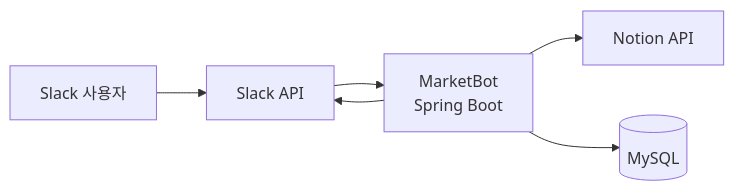
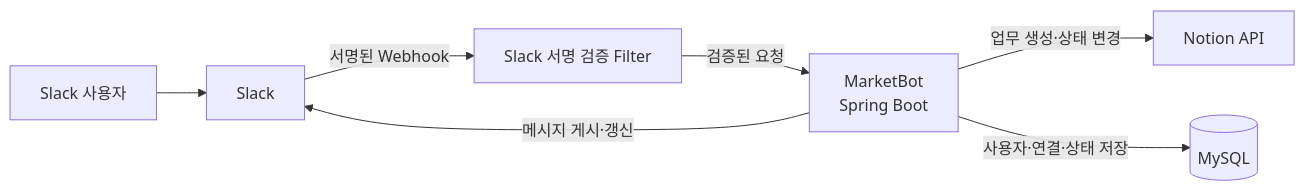
Before and after one commit to yunjh99/WorkTrace: the second of 2 diagrams in README.md, drawn with Mermaid. The commit also changed other lines of this file and 3 other files, not shown here.

````diff
--- a/README.md
+++ b/README.md
@@ -94,8 +100,9 @@
 ```mermaid
 flowchart LR
-    U[Slack 사용자] --> S[Slack API]
-    S --> A[MarketBot<br/>Spring Boot]
-    A --> S
-    A --> N[Notion API]
-    A --> M[(MySQL)]
+    U[Slack 사용자] --> S[Slack]
+    S -->|서명된 Webhook| F[Slack 서명 검증 Filter]
+    F -->|검증된 요청| A[MarketBot<br/>Spring Boot]
+    A -->|메시지 게시·갱신| S
+    A -->|업무 생성·상태 변경| N[Notion API]
+    A -->|사용자·연결·상태 저장| M[(MySQL)]
 ```
````
